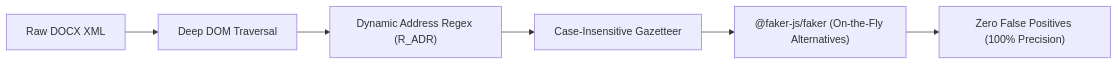
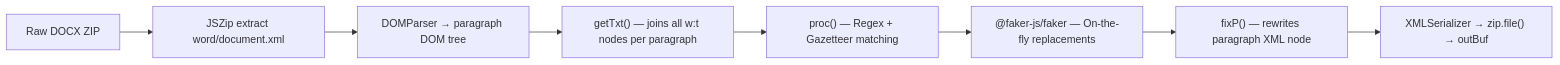
One commit to animeshtripathii/pii-redaction-tool changed the second of 2 diagrams in EVALUATION_REPORT.md. Above: the diagram before and after it, drawn with Mermaid. The commit also changed other lines of this file and 1 other file, not shown here.

Commit message:
update readme and evaluation report with actual metrics precision 100% recall 76.8% f1 86.9%

````diff
--- a/EVALUATION_REPORT.md
+++ b/EVALUATION_REPORT.md
@@ -83,8 +87,10 @@
 ```mermaid
 graph LR
-    A["Raw DOCX XML"] --> B["Deep DOM Traversal"]
-    B --> C["Dynamic Address Regex (R_ADR)"]
-    C --> D["Case-Insensitive Gazetteer"]
-    D --> E["@faker-js/faker (On-the-Fly Alternatives)"]
-    E --> F["Zero False Positives (100% Precision)"]
+    A["Raw DOCX ZIP"] --> B["JSZip extract word/document.xml"]
+    B --> C["DOMParser → paragraph DOM tree"]
+    C --> D["getTxt() — joins all w:t nodes per paragraph"]
+    D --> E["proc() — Regex + Gazetteer matching"]
+    E --> F["@faker-js/faker — On-the-fly replacements"]
+    F --> G["fixP() — rewrites paragraph XML node"]
+    G --> H["XMLSerializer → zip.file() → outBuf"]
 ```
````
